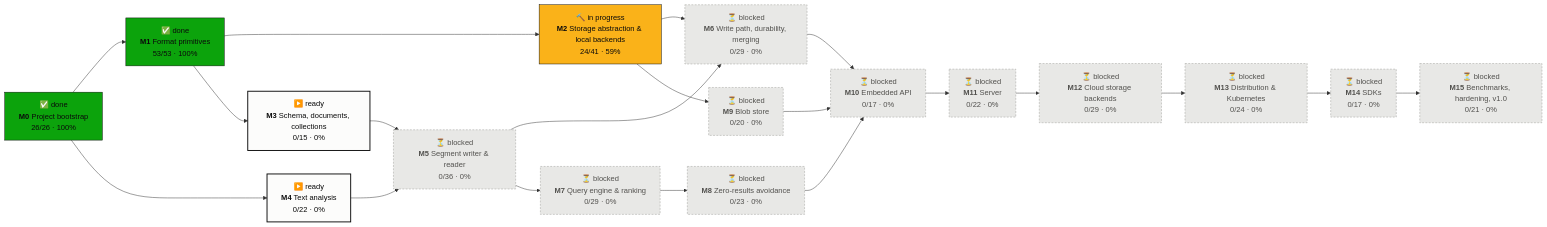
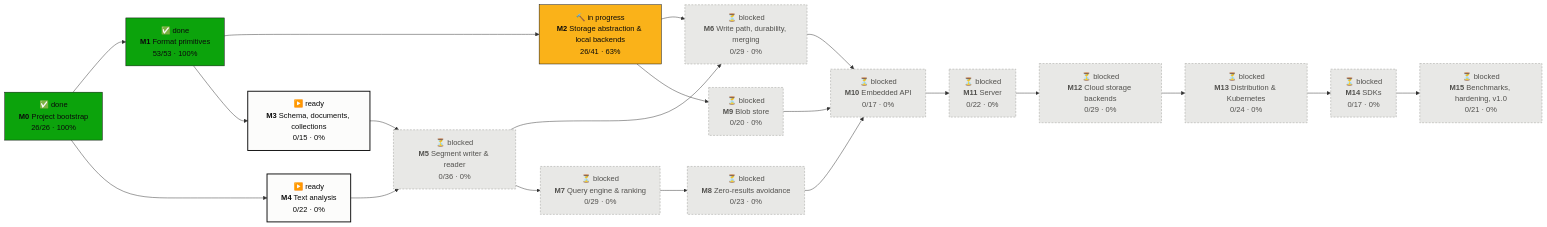
One commit to tomiok/persiaDB changed the first of 2 diagrams in PROGRESS.md. Above: the diagram before and after it, drawn with Mermaid. The commit also changed other lines of this file and 2 other files, not shown here.

Commit message:
chore(roadmap): tick 2.4.5.1, 2.4.5.2

````diff
--- a/PROGRESS.md
+++ b/PROGRESS.md
@@ -14,42 +14,42 @@
 ```mermaid
 flowchart LR
   M0["✅ done<br/><b>M0</b> Project bootstrap<br/>26/26 · 100%"]:::done
   M1["✅ done<br/><b>M1</b> Format primitives<br/>53/53 · 100%"]:::done
-  M2["🔨 in progress<br/><b>M2</b> Storage abstraction & local backends<br/>24/41 · 59%"]:::doing
+  M2["🔨 in progress<br/><b>M2</b> Storage abstraction & local backends<br/>26/41 · 63%"]:::doing
   M3["▶️ ready<br/><b>M3</b> Schema, documents, collections<br/>0/15 · 0%"]:::ready
   M4["▶️ ready<br/><b>M4</b> Text analysis<br/>0/22 · 0%"]:::ready
   M5["⏳ blocked<br/><b>M5</b> Segment writer & reader<br/>0/36 · 0%"]:::blocked
   M6["⏳ blocked<br/><b>M6</b> Write path, durability, merging<br/>0/29 · 0%"]:::blocked
   M7["⏳ blocked<br/><b>M7</b> Query engine & ranking<br/>0/29 · 0%"]:::blocked
   M8["⏳ blocked<br/><b>M8</b> Zero-results avoidance<br/>0/23 · 0%"]:::blocked
   M9["⏳ blocked<br/><b>M9</b> Blob store<br/>0/20 · 0%"]:::blocked
   M10["⏳ blocked<br/><b>M10</b> Embedded API<br/>0/17 · 0%"]:::blocked
   M11["⏳ blocked<br/><b>M11</b> Server<br/>0/22 · 0%"]:::blocked
   M12["⏳ blocked<br/><b>M12</b> Cloud storage backends<br/>0/29 · 0%"]:::blocked
   M13["⏳ blocked<br/><b>M13</b> Distribution & Kubernetes<br/>0/24 · 0%"]:::blocked
   M14["⏳ blocked<br/><b>M14</b> SDKs<br/>0/17 · 0%"]:::blocked
   M15["⏳ blocked<br/><b>M15</b> Benchmarks, hardening, v1.0<br/>0/21 · 0%"]:::blocked
   M0 --> M1
   M1 --> M2
   M1 --> M3
   M0 --> M4
   M3 --> M5
   M4 --> M5
   M2 --> M6
   M5 --> M6
   M5 --> M7
   M7 --> M8
   M2 --> M9
   M6 --> M10
   M8 --> M10
   M9 --> M10
   M10 --> M11
   M11 --> M12
   M12 --> M13
   M13 --> M14
   M14 --> M15
   classDef done fill:#0ca30c,stroke:#0b0b0b,color:#0b0b0b
   classDef doing fill:#fab219,stroke:#0b0b0b,color:#0b0b0b
   classDef ready fill:#fcfcfb,stroke:#0b0b0b,stroke-width:2px,color:#0b0b0b
   classDef blocked fill:#e8e8e6,stroke:#9a9a96,stroke-dasharray:4 3,color:#52514e
 ```
````
